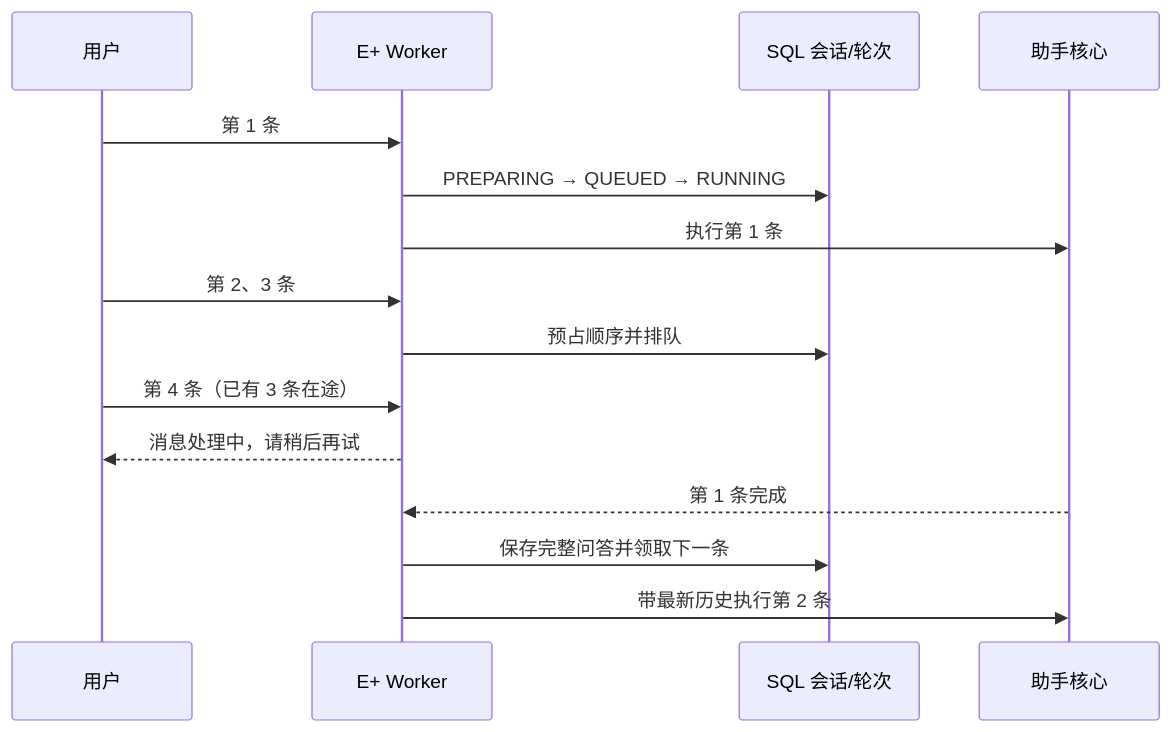
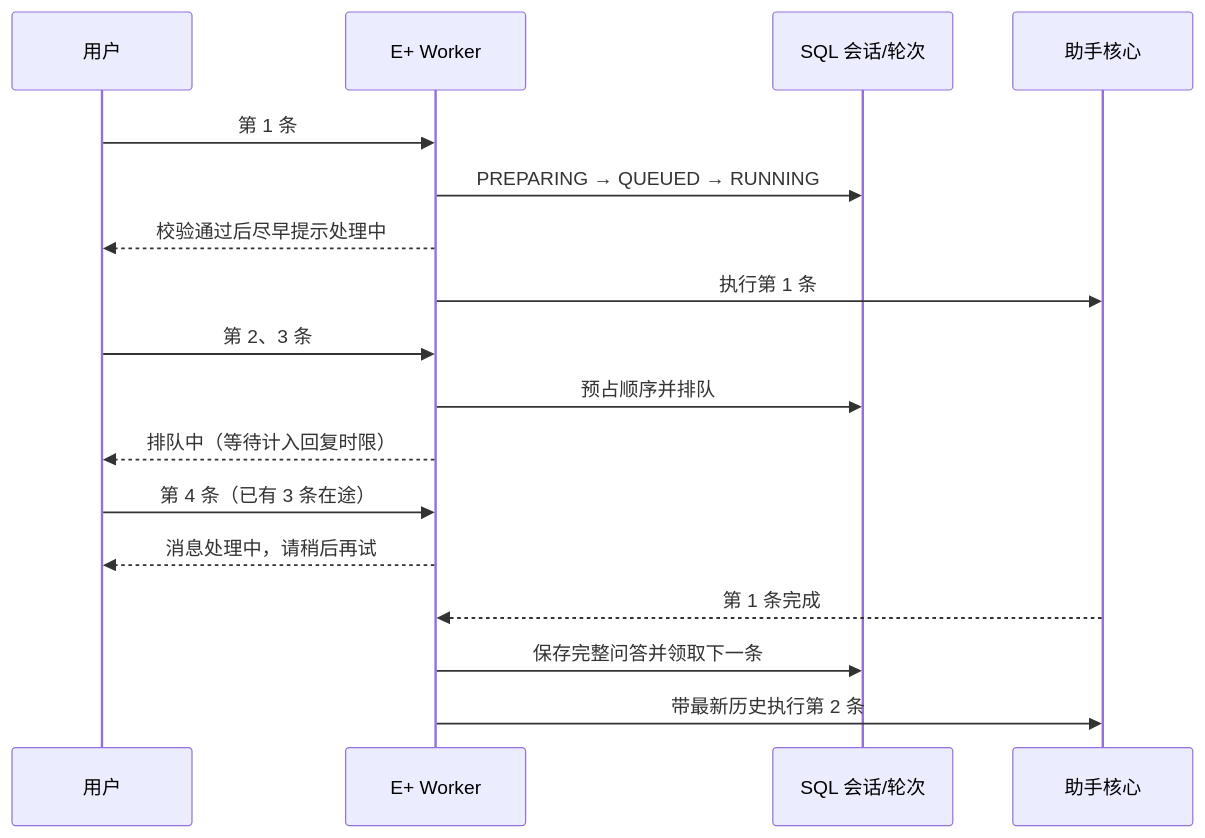
Before and after one commit to dataelement/bisheng: the third of 3 diagrams in features/v3.0.0-beta1/073-eplus-robot-assistant/design.md, drawn with Mermaid. The commit also changed other lines of this file and 43 other files, not shown here.

````diff
--- a/features/v3.0.0-beta1/073-eplus-robot-assistant/design.md
+++ b/features/v3.0.0-beta1/073-eplus-robot-assistant/design.md
@@ -170,17 +171,19 @@
 ```mermaid
 sequenceDiagram
     participant U as 用户
     participant W as E+ Worker
     participant DB as SQL 会话/轮次
     participant A as 助手核心
     U->>W: 第 1 条
     W->>DB: PREPARING → QUEUED → RUNNING
+    W-->>U: 校验通过后尽早提示处理中
     W->>A: 执行第 1 条
     U->>W: 第 2、3 条
     W->>DB: 预占顺序并排队
+    W-->>U: 排队中（等待计入回复时限）
     U->>W: 第 4 条（已有 3 条在途）
     W-->>U: 消息处理中，请稍后再试
     A-->>W: 第 1 条完成
     W->>DB: 保存完整问答并领取下一条
     W->>A: 带最新历史执行第 2 条
 ```
````
